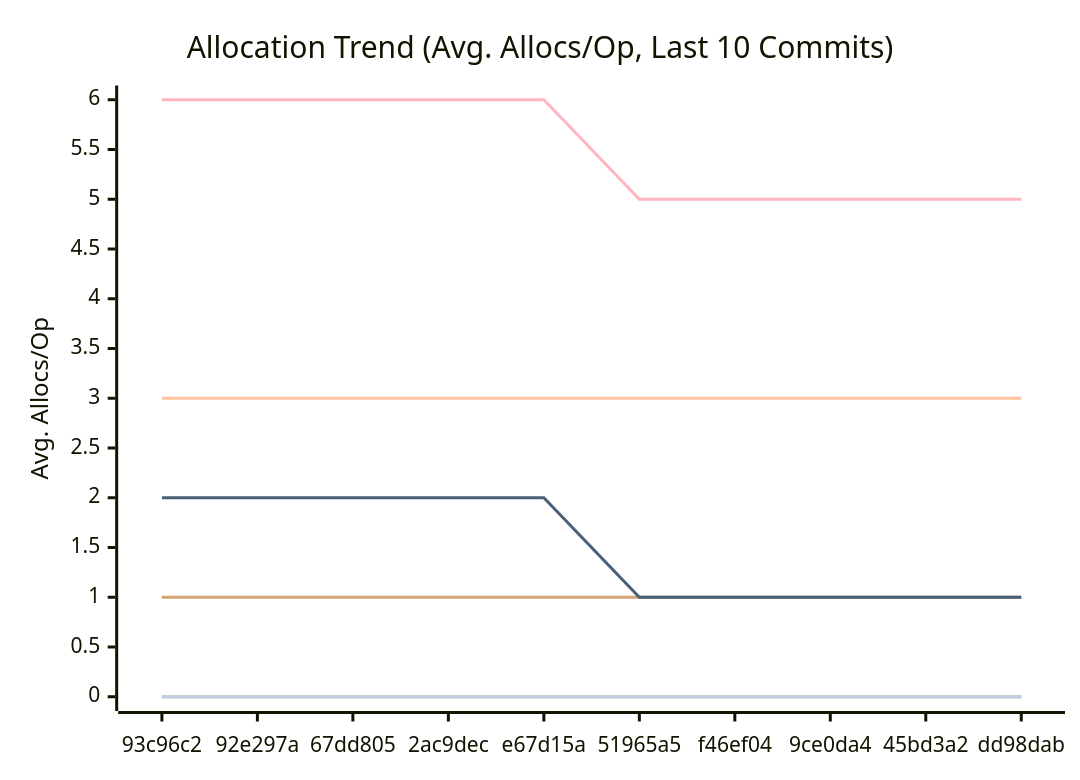
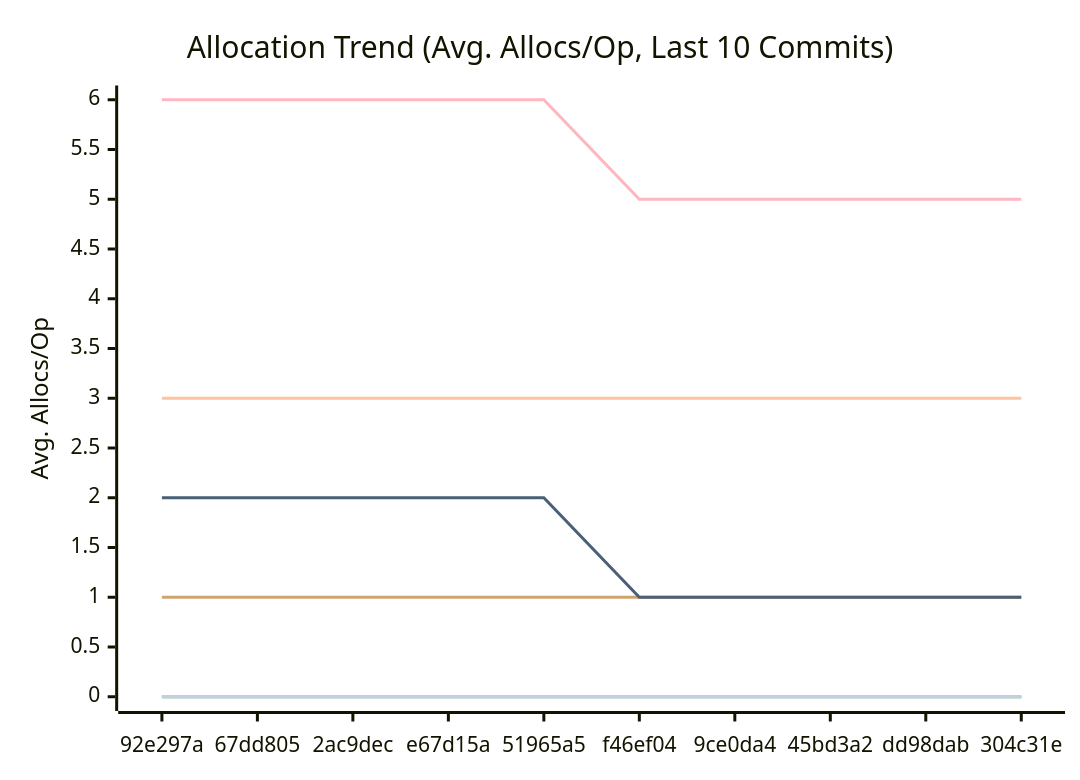
One commit to alsotoes/momo changed the third of 3 diagrams in docs/PERFORMANCE.md. Above: the diagram before and after it, drawn with Mermaid. The commit also changed other lines of this file and 6 other files, not shown here.

````diff
--- a/docs/PERFORMANCE.md
+++ b/docs/PERFORMANCE.md
@@ -114,16 +114,16 @@
 ```mermaid
 xychart-beta
     title "Allocation Trend (Avg. Allocs/Op, Last 10 Commits)"
     x-axis "Commit"
     y-axis "Avg. Allocs/Op"
-    x-axis [93c96c2,92e297a,67dd805,2ac9dec,e67d15a,51965a5,f46ef04,9ce0da4,45bd3a2,dd98dab]
+    x-axis [92e297a,67dd805,2ac9dec,e67d15a,51965a5,f46ef04,9ce0da4,45bd3a2,dd98dab,304c31e]
     line "CheckMetricsAndSwap" [0,0,0,0,0,0,0,0,0,0]
     line "CrushOptimized" [0,0,0,0,0,0,0,0,0,0]
     line "CrushOriginal" [3,3,3,3,3,3,3,3,3,3]
     line "IndexDirectTracking" [0,0,0,0,0,0,0,0,0,0]
     line "IndexSearch" [0,0,0,0,0,0,0,0,0,0]
     line "LoadGlobalConfig" [1,1,1,1,1,1,1,1,1,1]
     line "PadString" [0,0,0,0,0,0,0,0,0,0]
     line "ParseReplicationOrder_NoPrealloc" [6,6,6,6,6,5,5,5,5,5]
     line "ParseReplicationOrder_Prealloc" [2,2,2,2,2,1,1,1,1,1]
 ```
````
